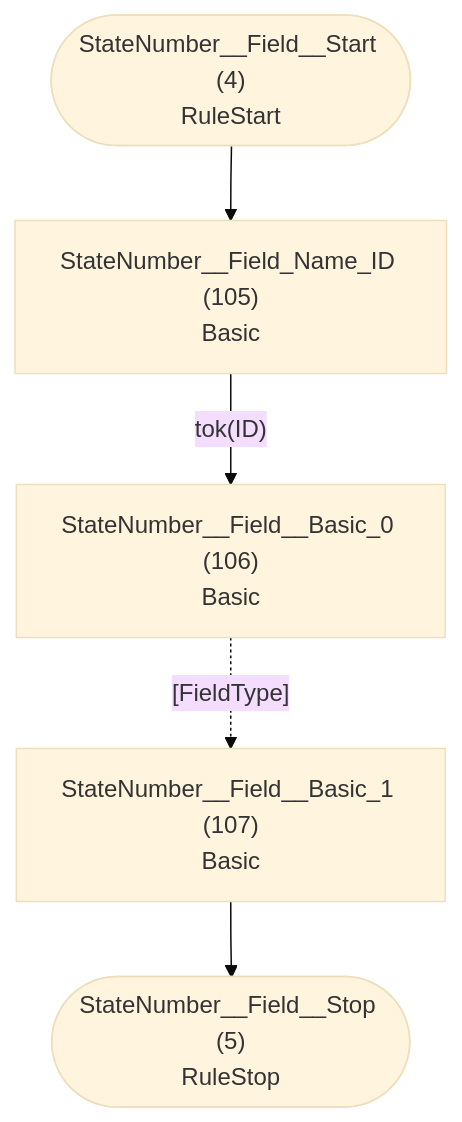
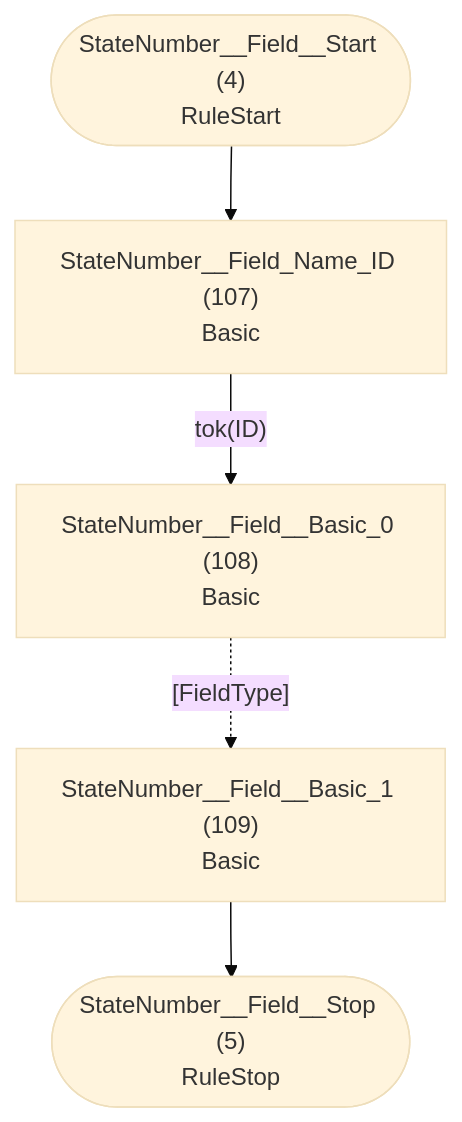
The third of 33 diagrams in internal/grammar/atn.md (TypeFox/fastbelt), drawn with Mermaid (base theme) before and after one commit. The commit also changed other lines of this file and 6 other files, not shown here.

````diff
--- a/internal/grammar/atn.md
+++ b/internal/grammar/atn.md
@@ -117,13 +117,13 @@
 ```mermaid
 flowchart TD
     q4(["StateNumber__Field__Start (4)<br/>RuleStart"])
     q5(["StateNumber__Field__Stop (5)<br/>RuleStop"])
-    q105["StateNumber__Field_Name_ID (105)<br/>Basic<br/>"]
-    q106["StateNumber__Field__Basic_0 (106)<br/>Basic<br/>"]
-    q107["StateNumber__Field__Basic_1 (107)<br/>Basic<br/>"]
+    q107["StateNumber__Field_Name_ID (107)<br/>Basic<br/>"]
+    q108["StateNumber__Field__Basic_0 (108)<br/>Basic<br/>"]
+    q109["StateNumber__Field__Basic_1 (109)<br/>Basic<br/>"]
 
-    q4 --> q105
-    q105 -->|"tok(ID)"| q106
-    q106 -.->|"[FieldType]"| q107
-    q107 --> q5
+    q4 --> q107
+    q107 -->|"tok(ID)"| q108
+    q108 -.->|"[FieldType]"| q109
+    q109 --> q5
 ```
````
